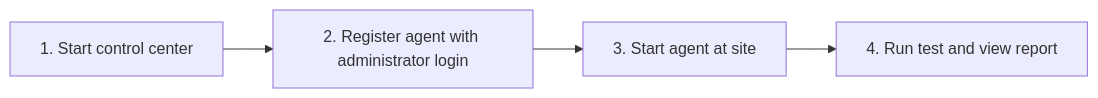
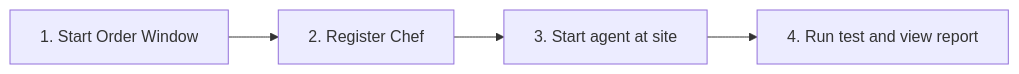
Before and after one commit to brgr-boy/brgrByte: the diagram in docs/GETTING_STARTED.md, drawn with Mermaid. The commit also changed other lines of this file and 17 other files, not shown here.

Commit message:
Use Order Window and Chef terminology

````diff
--- a/docs/GETTING_STARTED.md
+++ b/docs/GETTING_STARTED.md
@@ -5,6 +5,6 @@
 ```mermaid
 flowchart LR
-    A["1. Start control center"] --> B["2. Register agent with administrator login"]
+    A["1. Start Order Window"] --> B["2. Register Chef"]
     B --> C["3. Start agent at site"]
     C --> D["4. Run test and view report"]
 ```
````
